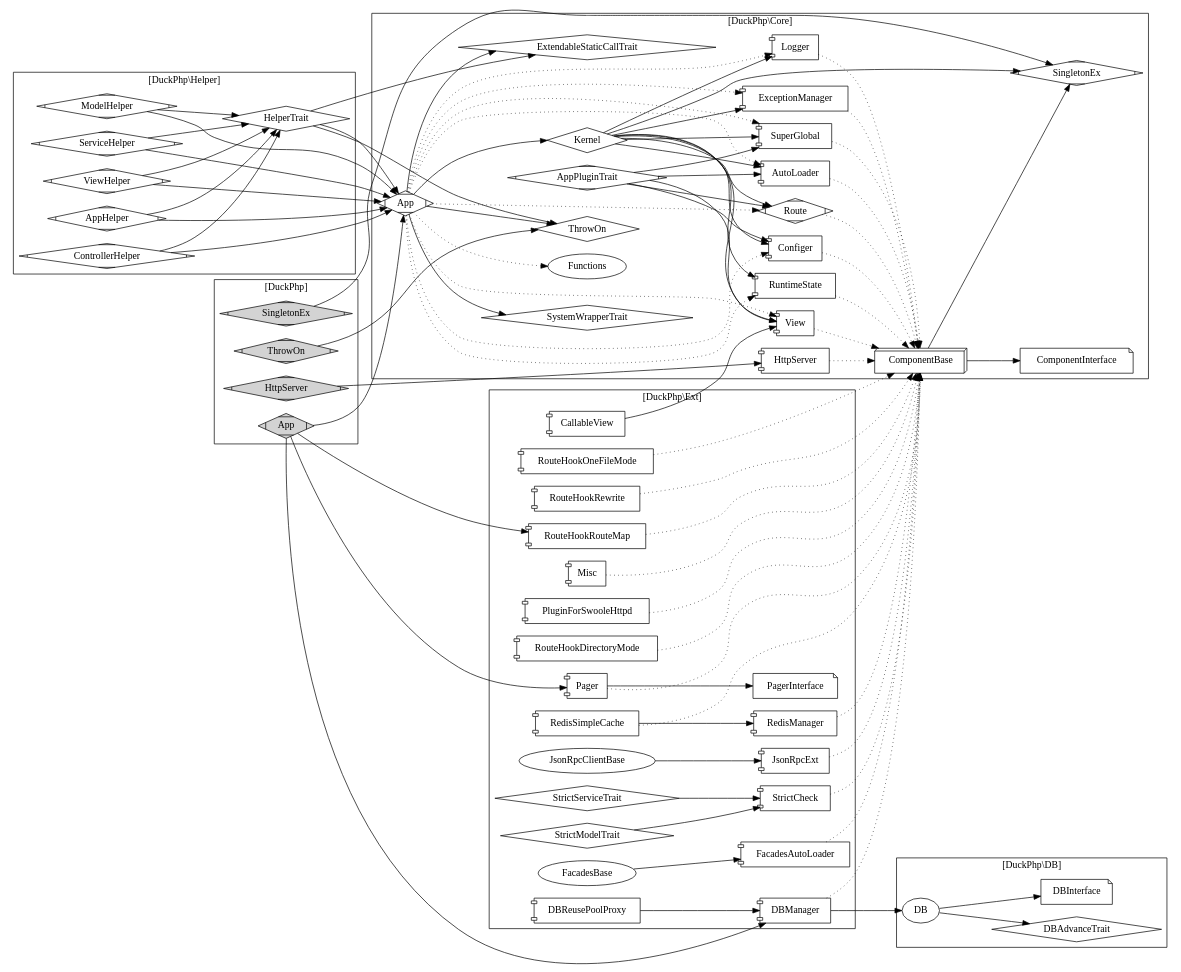
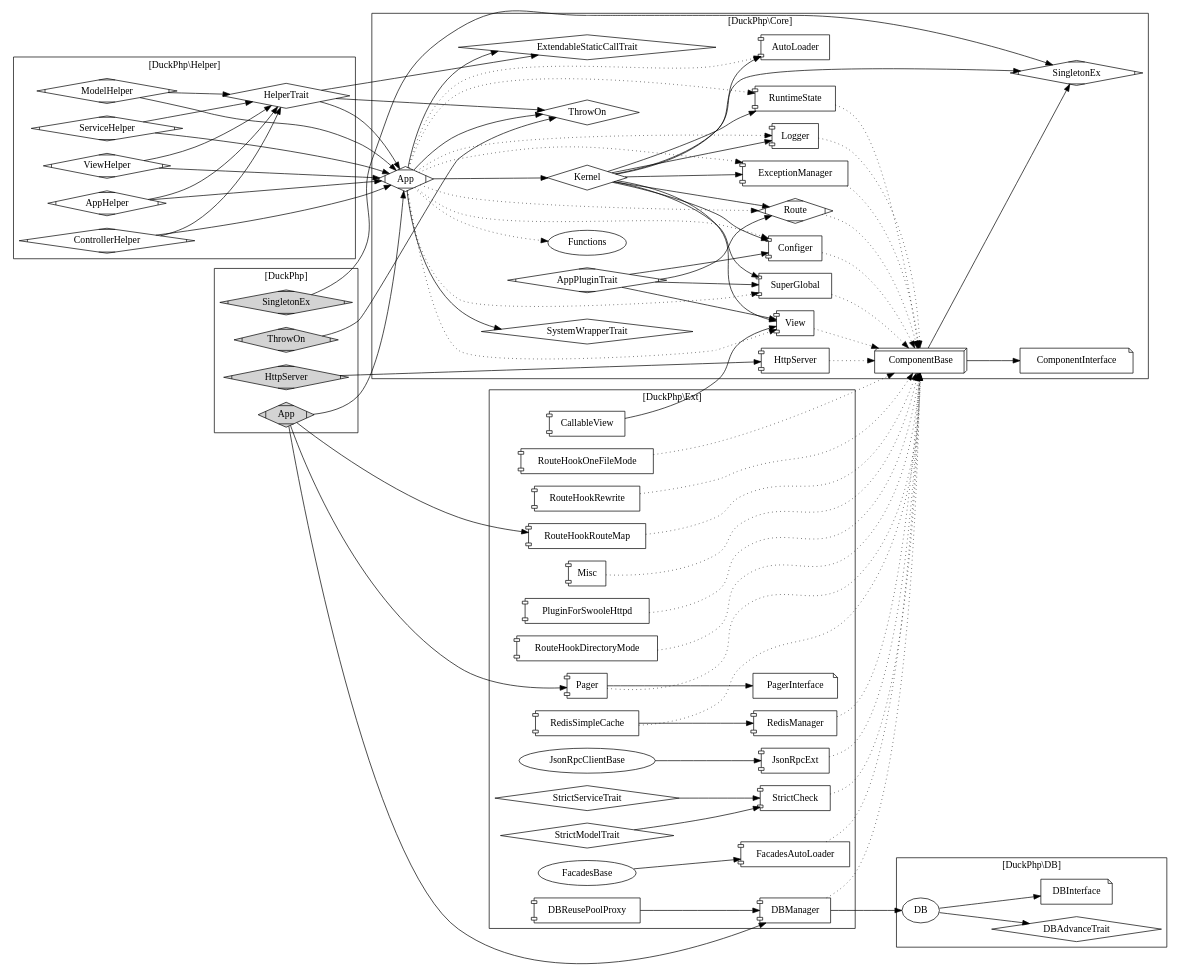
Before and after one commit to dvaknheo/duckphp: the diagram in doc/duckphp.gv, drawn with Graphviz. The commit also changed 3 other files, not shown here.

```diff
--- a/doc/duckphp.gv
+++ b/doc/duckphp.gv
@@ -56,7 +56,6 @@
     Core_App -> Core_Functions [style="dotted"];
 
 
-    Core_AppPluginTrait -> Core_AutoLoader;
     Core_AppPluginTrait -> Core_Configer;
     Core_AppPluginTrait -> Core_View;
     Core_AppPluginTrait -> Core_Route;
@@ -67,7 +66,6 @@
     Core_Configer -> Core_ComponentBase [style="dotted"];
     Core_Route -> Core_ComponentBase [style="dotted"];
     Core_SuperGlobal -> Core_ComponentBase [style="dotted"];
-    Core_AutoLoader -> Core_ComponentBase [style="dotted"];
     Core_RuntimeState -> Core_ComponentBase [style="dotted"];
     Core_View -> Core_ComponentBase [style="dotted"];
     Core_Logger -> Core_ComponentBase [style="dotted"];
```
